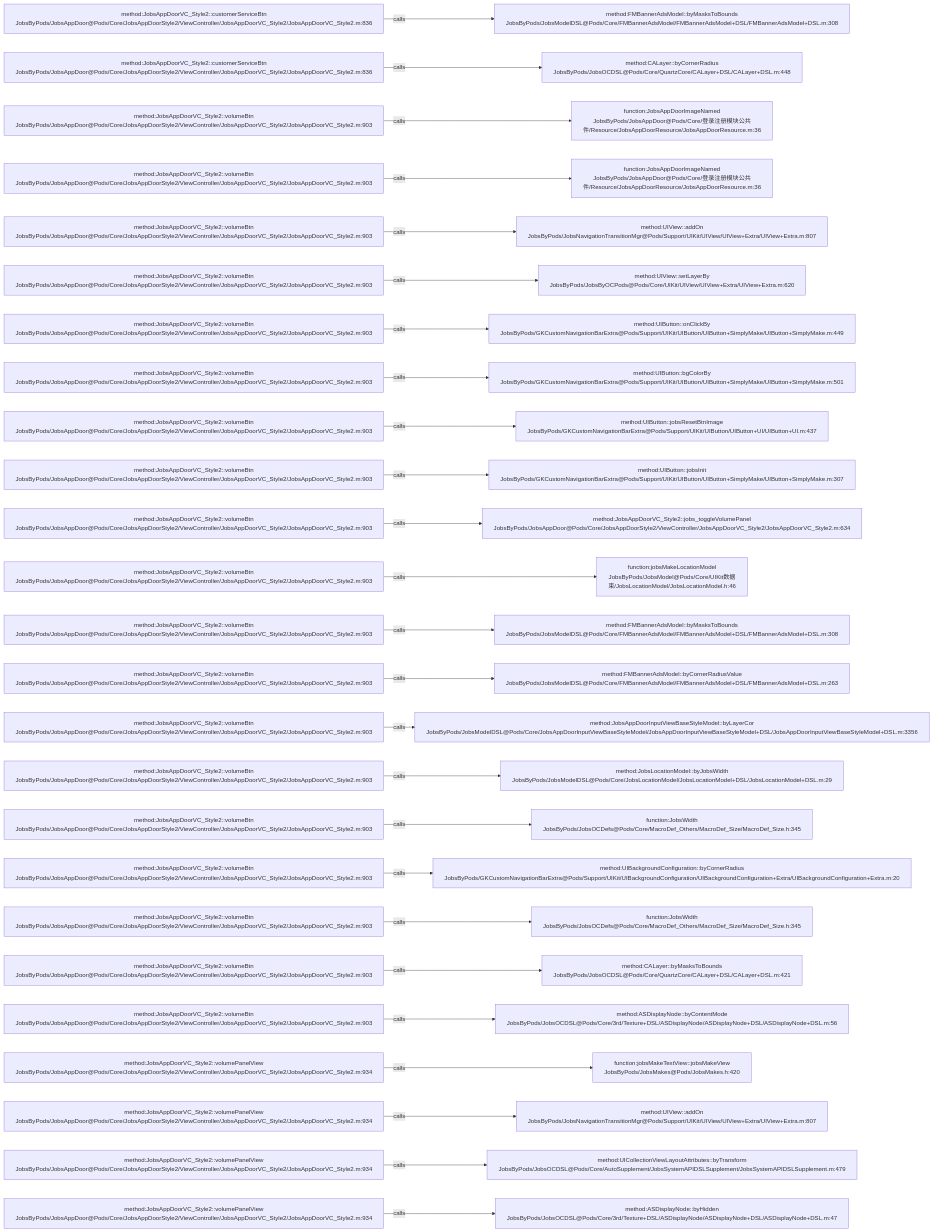
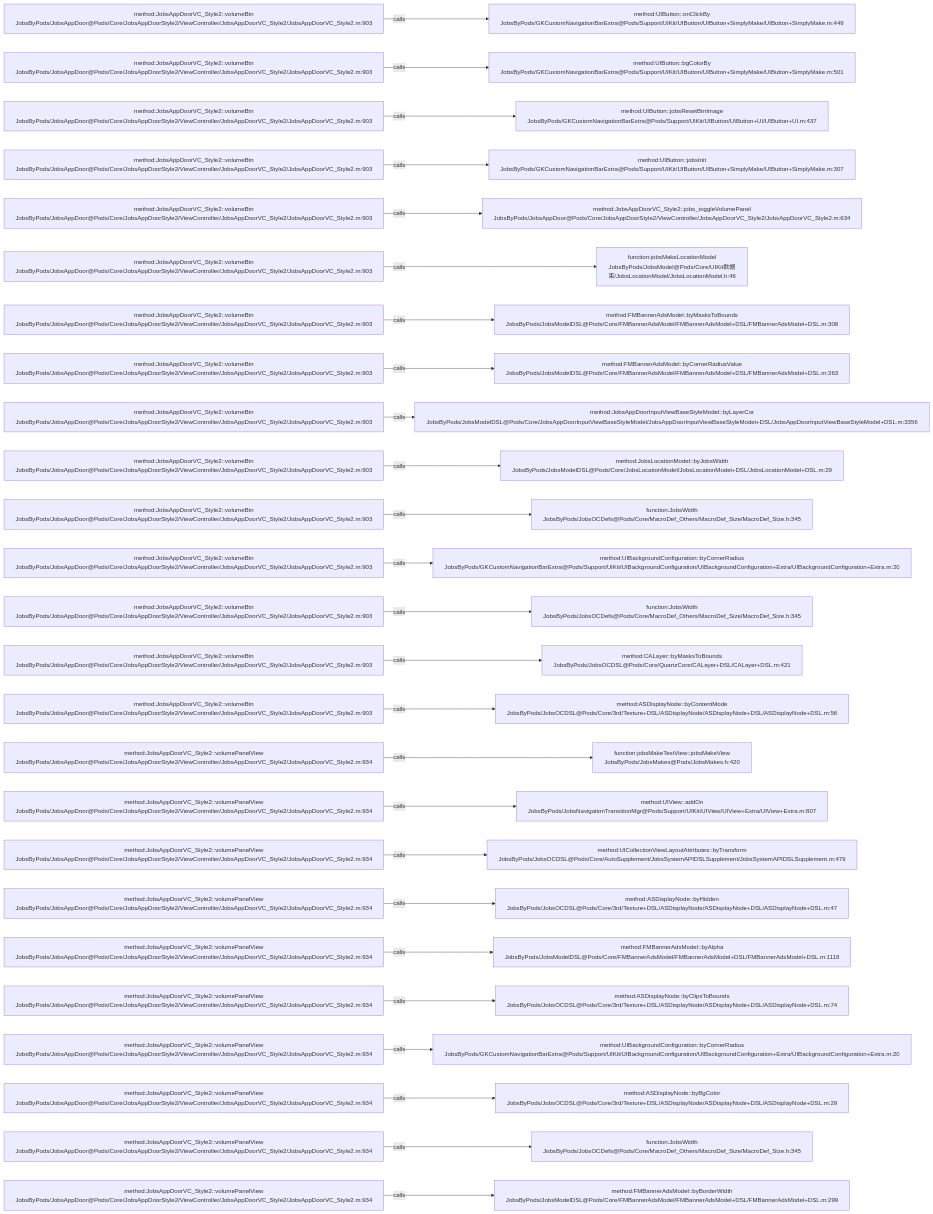
One commit to JobsKits/JobsOCBaseConfigDemo changed the diagram in .codegraph/codegraph.md/graphs/calls-145.md. Above: the diagram before and after it, drawn with Mermaid. The commit also changed 116 other files, not shown here.

````diff
--- a/.codegraph/codegraph.md/graphs/calls-145.md
+++ b/.codegraph/codegraph.md/graphs/calls-145.md
@@ -13,78 +13,78 @@
 ```mermaid
 flowchart LR
-  S1["method:JobsAppDoorVC_Style2::customerServiceBtn<br/>JobsByPods/JobsAppDoor@Pods/Core/JobsAppDoorStyle2/ViewController/JobsAppDoorVC_Style2/JobsAppDoorVC_Style2.m:836"]
-  T1["method:FMBannerAdsModel::byMasksToBounds<br/>JobsByPods/JobsModelDSL@Pods/Core/FMBannerAdsModel/FMBannerAdsModel+DSL/FMBannerAdsModel+DSL.m:308"]
+  S1["method:JobsAppDoorVC_Style2::volumeBtn<br/>JobsByPods/JobsAppDoor@Pods/Core/JobsAppDoorStyle2/ViewController/JobsAppDoorVC_Style2/JobsAppDoorVC_Style2.m:903"]
+  T1["method:UIButton::onClickBy<br/>JobsByPods/GKCustomNavigationBarExtra@Pods/Support/UIKit/UIButton/UIButton+SimplyMake/UIButton+SimplyMake.m:449"]
   S1 -->|calls| T1
-  S2["method:JobsAppDoorVC_Style2::customerServiceBtn<br/>JobsByPods/JobsAppDoor@Pods/Core/JobsAppDoorStyle2/ViewController/JobsAppDoorVC_Style2/JobsAppDoorVC_Style2.m:836"]
-  T2["method:CALayer::byCornerRadius<br/>JobsByPods/JobsOCDSL@Pods/Core/QuartzCore/CALayer+DSL/CALayer+DSL.m:448"]
+  S2["method:JobsAppDoorVC_Style2::volumeBtn<br/>JobsByPods/JobsAppDoor@Pods/Core/JobsAppDoorStyle2/ViewController/JobsAppDoorVC_Style2/JobsAppDoorVC_Style2.m:903"]
+  T2["method:UIButton::bgColorBy<br/>JobsByPods/GKCustomNavigationBarExtra@Pods/Support/UIKit/UIButton/UIButton+SimplyMake/UIButton+SimplyMake.m:501"]
   S2 -->|calls| T2
   S3["method:JobsAppDoorVC_Style2::volumeBtn<br/>JobsByPods/JobsAppDoor@Pods/Core/JobsAppDoorStyle2/ViewController/JobsAppDoorVC_Style2/JobsAppDoorVC_Style2.m:903"]
-  T3["function:JobsAppDoorImageNamed<br/>JobsByPods/JobsAppDoor@Pods/Core/登录注册模块公共件/Resource/JobsAppDoorResource/JobsAppDoorResource.m:36"]
+  T3["method:UIButton::jobsResetBtnImage<br/>JobsByPods/GKCustomNavigationBarExtra@Pods/Support/UIKit/UIButton/UIButton+UI/UIButton+UI.m:437"]
   S3 -->|calls| T3
   S4["method:JobsAppDoorVC_Style2::volumeBtn<br/>JobsByPods/JobsAppDoor@Pods/Core/JobsAppDoorStyle2/ViewController/JobsAppDoorVC_Style2/JobsAppDoorVC_Style2.m:903"]
-  T4["function:JobsAppDoorImageNamed<br/>JobsByPods/JobsAppDoor@Pods/Core/登录注册模块公共件/Resource/JobsAppDoorResource/JobsAppDoorResource.m:36"]
+  T4["method:UIButton::jobsInit<br/>JobsByPods/GKCustomNavigationBarExtra@Pods/Support/UIKit/UIButton/UIButton+SimplyMake/UIButton+SimplyMake.m:307"]
   S4 -->|calls| T4
   S5["method:JobsAppDoorVC_Style2::volumeBtn<br/>JobsByPods/JobsAppDoor@Pods/Core/JobsAppDoorStyle2/ViewController/JobsAppDoorVC_Style2/JobsAppDoorVC_Style2.m:903"]
-  T5["method:UIView::addOn<br/>JobsByPods/JobsNavigationTransitionMgr@Pods/Support/UIKit/UIView/UIView+Extra/UIView+Extra.m:807"]
+  T5["method:JobsAppDoorVC_Style2::jobs_toggleVolumePanel<br/>JobsByPods/JobsAppDoor@Pods/Core/JobsAppDoorStyle2/ViewController/JobsAppDoorVC_Style2/JobsAppDoorVC_Style2.m:634"]
   S5 -->|calls| T5
   S6["method:JobsAppDoorVC_Style2::volumeBtn<br/>JobsByPods/JobsAppDoor@Pods/Core/JobsAppDoorStyle2/ViewController/JobsAppDoorVC_Style2/JobsAppDoorVC_Style2.m:903"]
-  T6["method:UIView::setLayerBy<br/>JobsByPods/JobsByOCPods@Pods/Core/UIKit/UIView/UIView+Extra/UIView+Extra.m:620"]
+  T6["function:jobsMakeLocationModel<br/>JobsByPods/JobsModel@Pods/Core/UIKit数据束/JobsLocationModel/JobsLocationModel.h:46"]
   S6 -->|calls| T6
   S7["method:JobsAppDoorVC_Style2::volumeBtn<br/>JobsByPods/JobsAppDoor@Pods/Core/JobsAppDoorStyle2/ViewController/JobsAppDoorVC_Style2/JobsAppDoorVC_Style2.m:903"]
-  T7["method:UIButton::onClickBy<br/>JobsByPods/GKCustomNavigationBarExtra@Pods/Support/UIKit/UIButton/UIButton+SimplyMake/UIButton+SimplyMake.m:449"]
+  T7["method:FMBannerAdsModel::byMasksToBounds<br/>JobsByPods/JobsModelDSL@Pods/Core/FMBannerAdsModel/FMBannerAdsModel+DSL/FMBannerAdsModel+DSL.m:308"]
   S7 -->|calls| T7
   S8["method:JobsAppDoorVC_Style2::volumeBtn<br/>JobsByPods/JobsAppDoor@Pods/Core/JobsAppDoorStyle2/ViewController/JobsAppDoorVC_Style2/JobsAppDoorVC_Style2.m:903"]
-  T8["method:UIButton::bgColorBy<br/>JobsByPods/GKCustomNavigationBarExtra@Pods/Support/UIKit/UIButton/UIButton+SimplyMake/UIButton+SimplyMake.m:501"]
+  T8["method:FMBannerAdsModel::byCornerRadiusValue<br/>JobsByPods/JobsModelDSL@Pods/Core/FMBannerAdsModel/FMBannerAdsModel+DSL/FMBannerAdsModel+DSL.m:263"]
   S8 -->|calls| T8
   S9["method:JobsAppDoorVC_Style2::volumeBtn<br/>JobsByPods/JobsAppDoor@Pods/Core/JobsAppDoorStyle2/ViewController/JobsAppDoorVC_Style2/JobsAppDoorVC_Style2.m:903"]
-  T9["method:UIButton::jobsResetBtnImage<br/>JobsByPods/GKCustomNavigationBarExtra@Pods/Support/UIKit/UIButton/UIButton+UI/UIButton+UI.m:437"]
+  T9["method:JobsAppDoorInputViewBaseStyleModel::byLayerCor<br/>JobsByPods/JobsModelDSL@Pods/Core/JobsAppDoorInputViewBaseStyleModel/JobsAppDoorInputViewBaseStyleModel+DSL/JobsAppDoorInputViewBaseStyleModel+DSL.m:3356"]
   S9 -->|calls| T9
   S10["method:JobsAppDoorVC_Style2::volumeBtn<br/>JobsByPods/JobsAppDoor@Pods/Core/JobsAppDoorStyle2/ViewController/JobsAppDoorVC_Style2/JobsAppDoorVC_Style2.m:903"]
-  T10["method:UIButton::jobsInit<br/>JobsByPods/GKCustomNavigationBarExtra@Pods/Support/UIKit/UIButton/UIButton+SimplyMake/UIButton+SimplyMake.m:307"]
+  T10["method:JobsLocationModel::byJobsWidth<br/>JobsByPods/JobsModelDSL@Pods/Core/JobsLocationModel/JobsLocationModel+DSL/JobsLocationModel+DSL.m:29"]
   S10 -->|calls| T10
   S11["method:JobsAppDoorVC_Style2::volumeBtn<br/>JobsByPods/JobsAppDoor@Pods/Core/JobsAppDoorStyle2/ViewController/JobsAppDoorVC_Style2/JobsAppDoorVC_Style2.m:903"]
-  T11["method:JobsAppDoorVC_Style2::jobs_toggleVolumePanel<br/>JobsByPods/JobsAppDoor@Pods/Core/JobsAppDoorStyle2/ViewController/JobsAppDoorVC_Style2/JobsAppDoorVC_Style2.m:634"]
+  T11["function:JobsWidth<br/>JobsByPods/JobsOCDefs@Pods/Core/MacroDef_Others/MacroDef_Size/MacroDef_Size.h:345"]
   S11 -->|calls| T11
   S12["method:JobsAppDoorVC_Style2::volumeBtn<br/>JobsByPods/JobsAppDoor@Pods/Core/JobsAppDoorStyle2/ViewController/JobsAppDoorVC_Style2/JobsAppDoorVC_Style2.m:903"]
-  T12["function:jobsMakeLocationModel<br/>JobsByPods/JobsModel@Pods/Core/UIKit数据束/JobsLocationModel/JobsLocationModel.h:46"]
+  T12["method:UIBackgroundConfiguration::byCornerRadius<br/>JobsByPods/GKCustomNavigationBarExtra@Pods/Support/UIKit/UIBackgroundConfiguration/UIBackgroundConfiguration+Extra/UIBackgroundConfiguration+Extra.m:20"]
   S12 -->|calls| T12
   S13["method:JobsAppDoorVC_Style2::volumeBtn<br/>JobsByPods/JobsAppDoor@Pods/Core/JobsAppDoorStyle2/ViewController/JobsAppDoorVC_Style2/JobsAppDoorVC_Style2.m:903"]
-  T13["method:FMBannerAdsModel::byMasksToBounds<br/>JobsByPods/JobsModelDSL@Pods/Core/FMBannerAdsModel/FMBannerAdsModel+DSL/FMBannerAdsModel+DSL.m:308"]
+  T13["function:JobsWidth<br/>JobsByPods/JobsOCDefs@Pods/Core/MacroDef_Others/MacroDef_Size/MacroDef_Size.h:345"]
   S13 -->|calls| T13
   S14["method:JobsAppDoorVC_Style2::volumeBtn<br/>JobsByPods/JobsAppDoor@Pods/Core/JobsAppDoorStyle2/ViewController/JobsAppDoorVC_Style2/JobsAppDoorVC_Style2.m:903"]
-  T14["method:FMBannerAdsModel::byCornerRadiusValue<br/>JobsByPods/JobsModelDSL@Pods/Core/FMBannerAdsModel/FMBannerAdsModel+DSL/FMBannerAdsModel+DSL.m:263"]
+  T14["method:CALayer::byMasksToBounds<br/>JobsByPods/JobsOCDSL@Pods/Core/QuartzCore/CALayer+DSL/CALayer+DSL.m:421"]
   S14 -->|calls| T14
   S15["method:JobsAppDoorVC_Style2::volumeBtn<br/>JobsByPods/JobsAppDoor@Pods/Core/JobsAppDoorStyle2/ViewController/JobsAppDoorVC_Style2/JobsAppDoorVC_Style2.m:903"]
-  T15["method:JobsAppDoorInputViewBaseStyleModel::byLayerCor<br/>JobsByPods/JobsModelDSL@Pods/Core/JobsAppDoorInputViewBaseStyleModel/JobsAppDoorInputViewBaseStyleModel+DSL/JobsAppDoorInputViewBaseStyleModel+DSL.m:3356"]
+  T15["method:ASDisplayNode::byContentMode<br/>JobsByPods/JobsOCDSL@Pods/Core/3rd/Texture+DSL/ASDisplayNode/ASDisplayNode+DSL/ASDisplayNode+DSL.m:56"]
   S15 -->|calls| T15
-  S16["method:JobsAppDoorVC_Style2::volumeBtn<br/>JobsByPods/JobsAppDoor@Pods/Core/JobsAppDoorStyle2/ViewController/JobsAppDoorVC_Style2/JobsAppDoorVC_Style2.m:903"]
-  T16["method:JobsLocationModel::byJobsWidth<br/>JobsByPods/JobsModelDSL@Pods/Core/JobsLocationModel/JobsLocationModel+DSL/JobsLocationModel+DSL.m:29"]
+  S16["method:JobsAppDoorVC_Style2::volumePanelView<br/>JobsByPods/JobsAppDoor@Pods/Core/JobsAppDoorStyle2/ViewController/JobsAppDoorVC_Style2/JobsAppDoorVC_Style2.m:934"]
+  T16["function:jobsMakeTextView::jobsMakeView<br/>JobsByPods/JobsMakes@Pods/JobsMakes.h:420"]
   S16 -->|calls| T16
-  S17["method:JobsAppDoorVC_Style2::volumeBtn<br/>JobsByPods/JobsAppDoor@Pods/Core/JobsAppDoorStyle2/ViewController/JobsAppDoorVC_Style2/JobsAppDoorVC_Style2.m:903"]
-  T17["function:JobsWidth<br/>JobsByPods/JobsOCDefs@Pods/Core/MacroDef_Others/MacroDef_Size/MacroDef_Size.h:345"]
+  S17["method:JobsAppDoorVC_Style2::volumePanelView<br/>JobsByPods/JobsAppDoor@Pods/Core/JobsAppDoorStyle2/ViewController/JobsAppDoorVC_Style2/JobsAppDoorVC_Style2.m:934"]
+  T17["method:UIView::addOn<br/>JobsByPods/JobsNavigationTransitionMgr@Pods/Support/UIKit/UIView/UIView+Extra/UIView+Extra.m:807"]
   S17 -->|calls| T17
-  S18["method:JobsAppDoorVC_Style2::volumeBtn<br/>JobsByPods/JobsAppDoor@Pods/Core/JobsAppDoorStyle2/ViewController/JobsAppDoorVC_Style2/JobsAppDoorVC_Style2.m:903"]
-  T18["method:UIBackgroundConfiguration::byCornerRadius<br/>JobsByPods/GKCustomNavigationBarExtra@Pods/Support/UIKit/UIBackgroundConfiguration/UIBackgroundConfiguration+Extra/UIBackgroundConfiguration+Extra.m:20"]
+  S18["method:JobsAppDoorVC_Style2::volumePanelView<br/>JobsByPods/JobsAppDoor@Pods/Core/JobsAppDoorStyle2/ViewController/JobsAppDoorVC_Style2/JobsAppDoorVC_Style2.m:934"]
+  T18["method:UICollectionViewLayoutAttributes::byTransform<br/>JobsByPods/JobsOCDSL@Pods/Core/AutoSupplement/JobsSystemAPIDSLSupplement/JobsSystemAPIDSLSupplement.m:479"]
   S18 -->|calls| T18
-  S19["method:JobsAppDoorVC_Style2::volumeBtn<br/>JobsByPods/JobsAppDoor@Pods/Core/JobsAppDoorStyle2/ViewController/JobsAppDoorVC_Style2/JobsAppDoorVC_Style2.m:903"]
-  T19["function:JobsWidth<br/>JobsByPods/JobsOCDefs@Pods/Core/MacroDef_Others/MacroDef_Size/MacroDef_Size.h:345"]
+  S19["method:JobsAppDoorVC_Style2::volumePanelView<br/>JobsByPods/JobsAppDoor@Pods/Core/JobsAppDoorStyle2/ViewController/JobsAppDoorVC_Style2/JobsAppDoorVC_Style2.m:934"]
+  T19["method:ASDisplayNode::byHidden<br/>JobsByPods/JobsOCDSL@Pods/Core/3rd/Texture+DSL/ASDisplayNode/ASDisplayNode+DSL/ASDisplayNode+DSL.m:47"]
   S19 -->|calls| T19
-  S20["method:JobsAppDoorVC_Style2::volumeBtn<br/>JobsByPods/JobsAppDoor@Pods/Core/JobsAppDoorStyle2/ViewController/JobsAppDoorVC_Style2/JobsAppDoorVC_Style2.m:903"]
-  T20["method:CALayer::byMasksToBounds<br/>JobsByPods/JobsOCDSL@Pods/Core/QuartzCore/CALayer+DSL/CALayer+DSL.m:421"]
+  S20["method:JobsAppDoorVC_Style2::volumePanelView<br/>JobsByPods/JobsAppDoor@Pods/Core/JobsAppDoorStyle2/ViewController/JobsAppDoorVC_Style2/JobsAppDoorVC_Style2.m:934"]
+  T20["method:FMBannerAdsModel::byAlpha<br/>JobsByPods/JobsModelDSL@Pods/Core/FMBannerAdsModel/FMBannerAdsModel+DSL/FMBannerAdsModel+DSL.m:1118"]
   S20 -->|calls| T20
-  S21["method:JobsAppDoorVC_Style2::volumeBtn<br/>JobsByPods/JobsAppDoor@Pods/Core/JobsAppDoorStyle2/ViewController/JobsAppDoorVC_Style2/JobsAppDoorVC_Style2.m:903"]
-  T21["method:ASDisplayNode::byContentMode<br/>JobsByPods/JobsOCDSL@Pods/Core/3rd/Texture+DSL/ASDisplayNode/ASDisplayNode+DSL/ASDisplayNode+DSL.m:56"]
+  S21["method:JobsAppDoorVC_Style2::volumePanelView<br/>JobsByPods/JobsAppDoor@Pods/Core/JobsAppDoorStyle2/ViewController/JobsAppDoorVC_Style2/JobsAppDoorVC_Style2.m:934"]
+  T21["method:ASDisplayNode::byClipsToBounds<br/>JobsByPods/JobsOCDSL@Pods/Core/3rd/Texture+DSL/ASDisplayNode/ASDisplayNode+DSL/ASDisplayNode+DSL.m:74"]
   S21 -->|calls| T21
   S22["method:JobsAppDoorVC_Style2::volumePanelView<br/>JobsByPods/JobsAppDoor@Pods/Core/JobsAppDoorStyle2/ViewController/JobsAppDoorVC_Style2/JobsAppDoorVC_Style2.m:934"]
-  T22["function:jobsMakeTextView::jobsMakeView<br/>JobsByPods/JobsMakes@Pods/JobsMakes.h:420"]
+  T22["method:UIBackgroundConfiguration::byCornerRadius<br/>JobsByPods/GKCustomNavigationBarExtra@Pods/Support/UIKit/UIBackgroundConfiguration/UIBackgroundConfiguration+Extra/UIBackgroundConfiguration+Extra.m:20"]
   S22 -->|calls| T22
   S23["method:JobsAppDoorVC_Style2::volumePanelView<br/>JobsByPods/JobsAppDoor@Pods/Core/JobsAppDoorStyle2/ViewController/JobsAppDoorVC_Style2/JobsAppDoorVC_Style2.m:934"]
-  T23["method:UIView::addOn<br/>JobsByPods/JobsNavigationTransitionMgr@Pods/Support/UIKit/UIView/UIView+Extra/UIView+Extra.m:807"]
+  T23["method:ASDisplayNode::byBgColor<br/>JobsByPods/JobsOCDSL@Pods/Core/3rd/Texture+DSL/ASDisplayNode/ASDisplayNode+DSL/ASDisplayNode+DSL.m:29"]
   S23 -->|calls| T23
   S24["method:JobsAppDoorVC_Style2::volumePanelView<br/>JobsByPods/JobsAppDoor@Pods/Core/JobsAppDoorStyle2/ViewController/JobsAppDoorVC_Style2/JobsAppDoorVC_Style2.m:934"]
-  T24["method:UICollectionViewLayoutAttributes::byTransform<br/>JobsByPods/JobsOCDSL@Pods/Core/AutoSupplement/JobsSystemAPIDSLSupplement/JobsSystemAPIDSLSupplement.m:479"]
+  T24["function:JobsWidth<br/>JobsByPods/JobsOCDefs@Pods/Core/MacroDef_Others/MacroDef_Size/MacroDef_Size.h:345"]
   S24 -->|calls| T24
   S25["method:JobsAppDoorVC_Style2::volumePanelView<br/>JobsByPods/JobsAppDoor@Pods/Core/JobsAppDoorStyle2/ViewController/JobsAppDoorVC_Style2/JobsAppDoorVC_Style2.m:934"]
-  T25["method:ASDisplayNode::byHidden<br/>JobsByPods/JobsOCDSL@Pods/Core/3rd/Texture+DSL/ASDisplayNode/ASDisplayNode+DSL/ASDisplayNode+DSL.m:47"]
+  T25["method:FMBannerAdsModel::byBorderWidth<br/>JobsByPods/JobsModelDSL@Pods/Core/FMBannerAdsModel/FMBannerAdsModel+DSL/FMBannerAdsModel+DSL.m:299"]
   S25 -->|calls| T25
 ```
````
